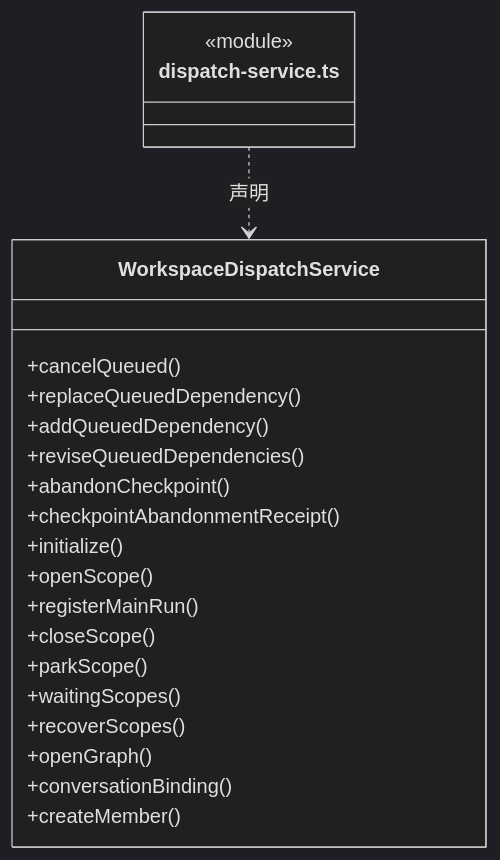
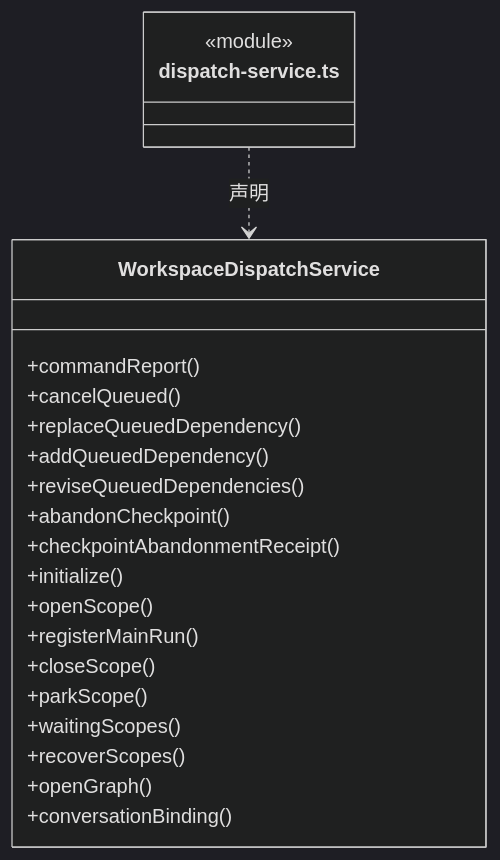
Before and after one commit to nan023062/cbim: the seventh of 15 diagrams in src/logic/dispatch/runtime/ARCHITECTURE.md, drawn with Mermaid (dark theme). The commit also changed other lines of this file and 24 other files, not shown here.

````diff
--- a/src/logic/dispatch/runtime/ARCHITECTURE.md
+++ b/src/logic/dispatch/runtime/ARCHITECTURE.md
@@ -234,25 +234,25 @@
 ```mermaid
 classDiagram
 class N_src_logic_dispatch_runtime_dispatch_service_ts["dispatch-service.ts"] {
   <<module>>
 }
 class N_src_logic_dispatch_runtime_dispatch_service_ts_WorkspaceDispatchService["WorkspaceDispatchService"] {
+  +commandReport()
   +cancelQueued()
   +replaceQueuedDependency()
   +addQueuedDependency()
   +reviseQueuedDependencies()
   +abandonCheckpoint()
   +checkpointAbandonmentReceipt()
   +initialize()
   +openScope()
   +registerMainRun()
   +closeScope()
   +parkScope()
   +waitingScopes()
   +recoverScopes()
   +openGraph()
   +conversationBinding()
-  +createMember()
 }
 N_src_logic_dispatch_runtime_dispatch_service_ts ..> N_src_logic_dispatch_runtime_dispatch_service_ts_WorkspaceDispatchService : 声明
 ```
````
